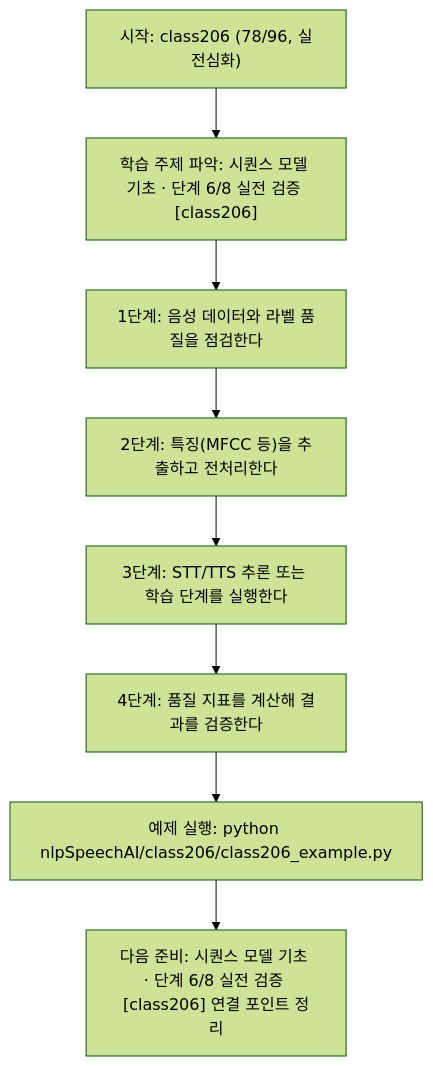
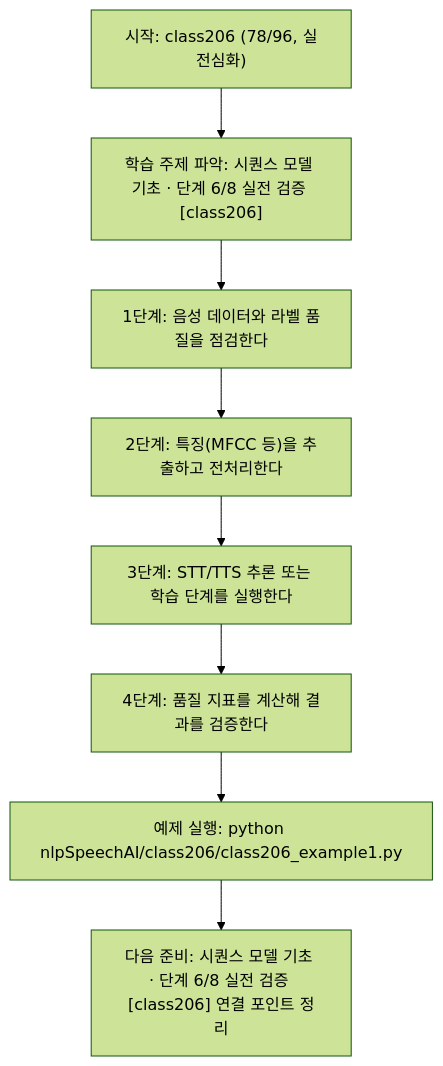
The diagram in nlpSpeechAI/class206/class206.md (edumgt/Python-AI_Agent-Class), drawn with Mermaid (forest theme) before and after one commit. The commit also changed other lines of this file and 2959 other files, not shown here.

````diff
--- a/nlpSpeechAI/class206/class206.md
+++ b/nlpSpeechAI/class206/class206.md
@@ -114,18 +114,18 @@
 ```mermaid
 flowchart TD
 N1["시작: class206 (78/96, 실전심화)"]
 N2["학습 주제 파악: 시퀀스 모델 기초 · 단계 6/8 실전 검증 [class206]"]
 N3["1단계: 음성 데이터와 라벨 품질을 점검한다"]
 N4["2단계: 특징(MFCC 등)을 추출하고 전처리한다"]
 N5["3단계: STT/TTS 추론 또는 학습 단계를 실행한다"]
 N6["4단계: 품질 지표를 계산해 결과를 검증한다"]
-N7["예제 실행: python nlpSpeechAI/class206/class206_example.py"]
+N7["예제 실행: python nlpSpeechAI/class206/class206_example1.py"]
 N8["다음 준비: 시퀀스 모델 기초 · 단계 6/8 실전 검증 [class206] 연결 포인트 정리"]
 N1 --> N2
 N2 --> N3
 N3 --> N4
 N4 --> N5
 N5 --> N6
 N6 --> N7
 N7 --> N8
 ```
````
